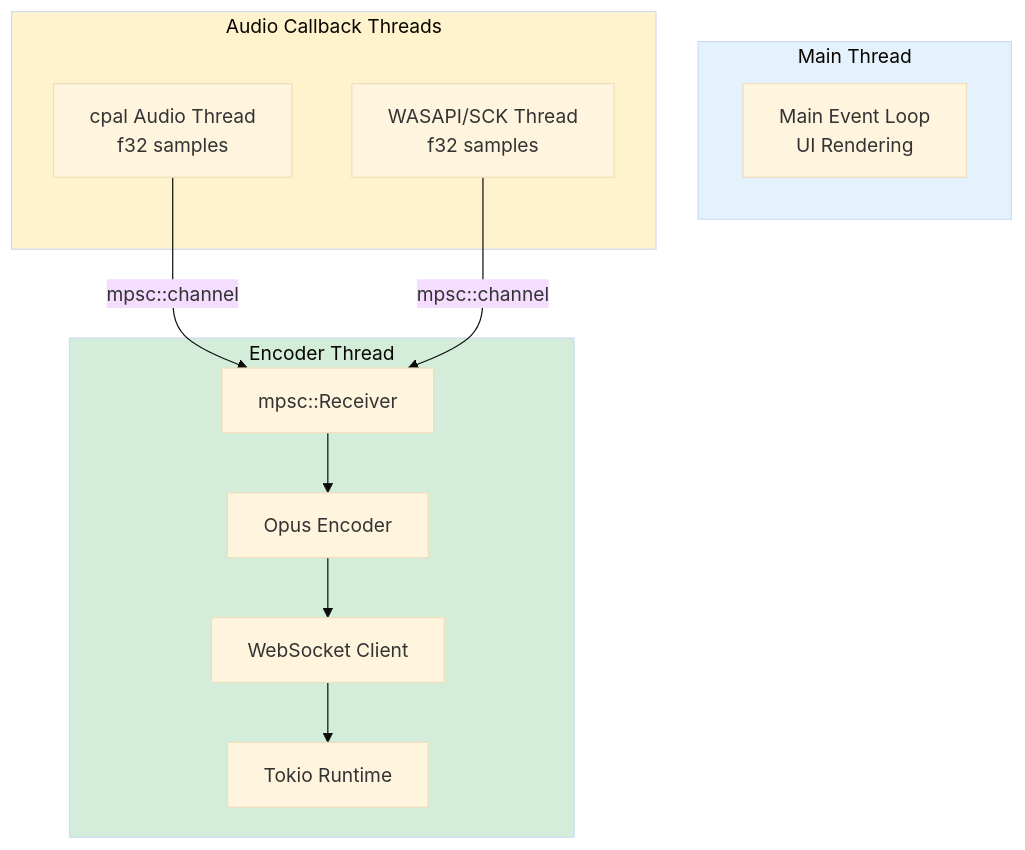
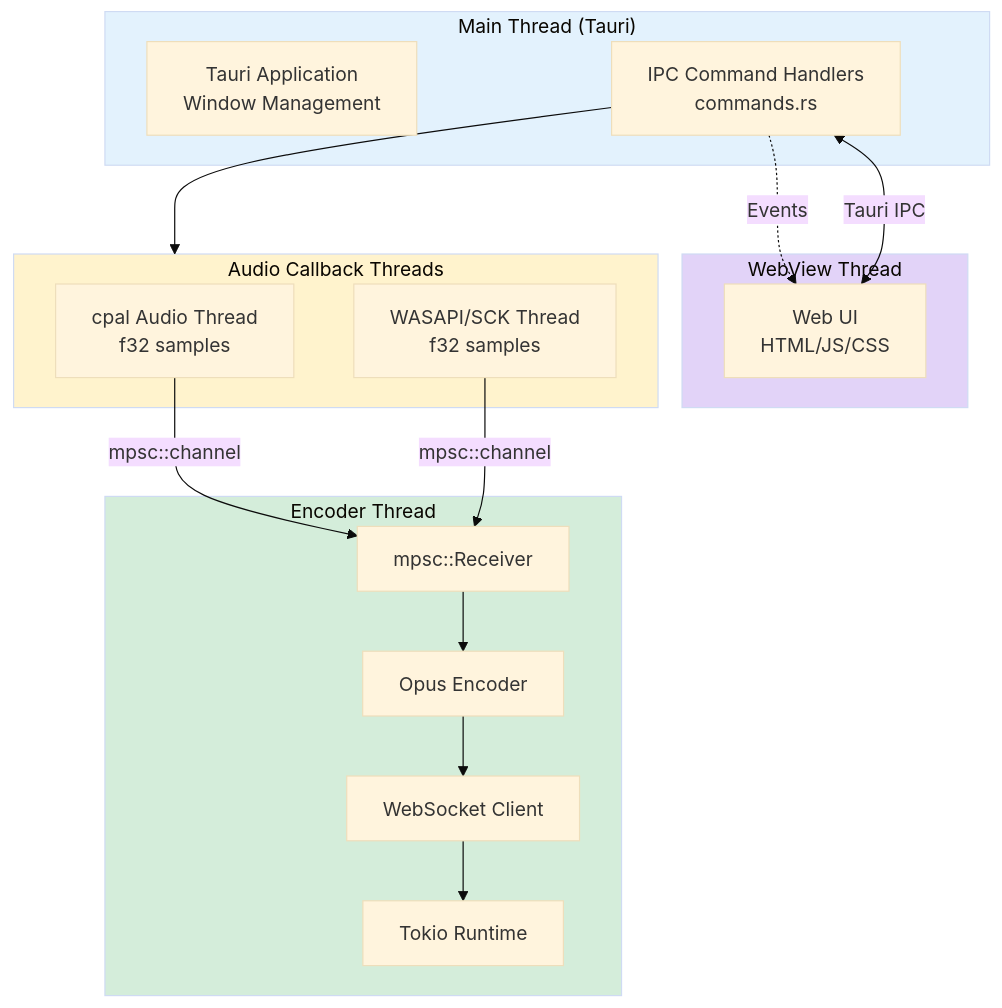
Before and after one commit to RekunDzmitry/voice_bird_desktop: the fifth of 6 diagrams in DEPENDENCIES.md, drawn with Mermaid (base theme). The commit also changed other lines of this file, not shown here.

First line of the commit message:
docs: update DEPENDENCIES.md for Tauri UI architecture

````diff
--- a/DEPENDENCIES.md
+++ b/DEPENDENCIES.md
@@ -405,28 +429,37 @@
 ```mermaid
 graph TB
-    subgraph Main["Main Thread"]
-        main_loop[Main Event Loop<br/>UI Rendering]
+    subgraph Main["Main Thread (Tauri)"]
+        tauri_app[Tauri Application<br/>Window Management]
+        ipc[IPC Command Handlers<br/>commands.rs]
+    end
+
+    subgraph WebView["WebView Thread"]
+        ui[Web UI<br/>HTML/JS/CSS]
     end
 
     subgraph Audio["Audio Callback Threads"]
         cpal_thread[cpal Audio Thread<br/>f32 samples]
         wasapi_thread[WASAPI/SCK Thread<br/>f32 samples]
     end
 
     subgraph Encoder["Encoder Thread"]
         mpsc_rx[mpsc::Receiver]
         tokio_rt[Tokio Runtime]
         opus[Opus Encoder]
         ws[WebSocket Client]
     end
 
+    ui <-->|Tauri IPC| ipc
+    ipc --> Audio
     cpal_thread -->|mpsc::channel| mpsc_rx
     wasapi_thread -->|mpsc::channel| mpsc_rx
     mpsc_rx --> opus
     opus --> ws
     ws --> tokio_rt
+    ipc -.->|Events| ui
 
     style Main fill:#e3f2fd
+    style WebView fill:#e2d3f8
     style Audio fill:#fff3cd
     style Encoder fill:#d4edda
 ```
````
